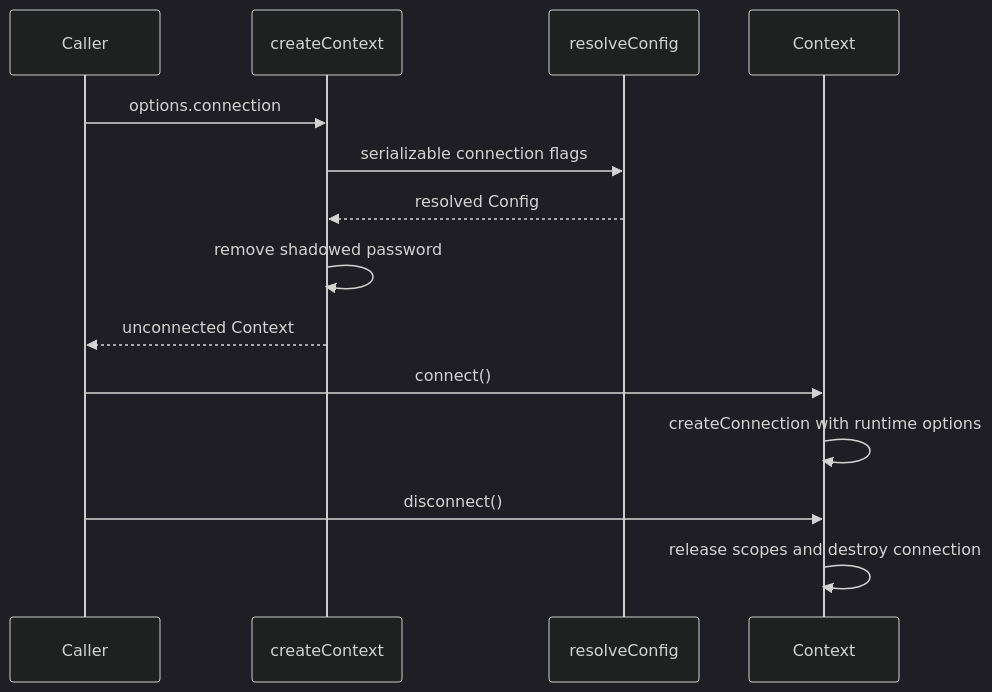
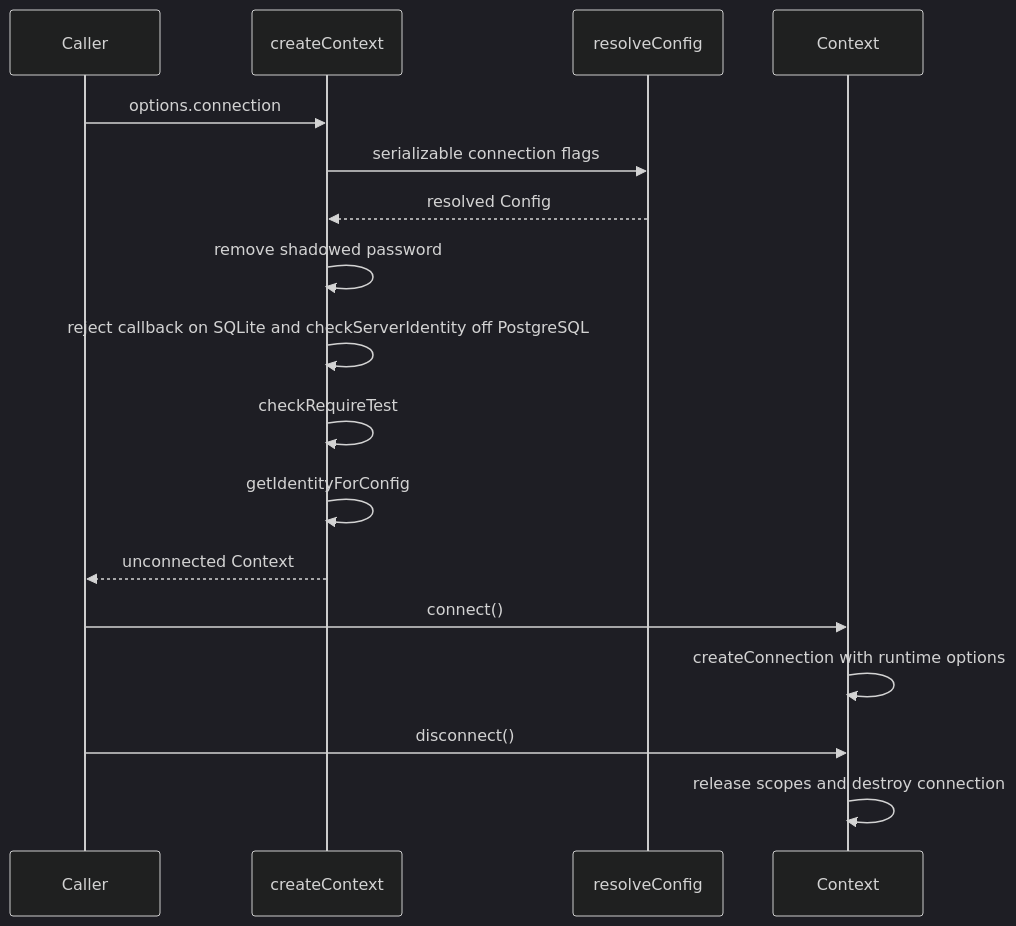
The first of 5 diagrams in docs/wiki/sdk.md (noormdev/noorm), drawn with Mermaid (dark theme) before and after one commit. The commit also changed other lines of this file and 349 other files, not shown here.

````diff
--- a/docs/wiki/sdk.md
+++ b/docs/wiki/sdk.md
@@ -38,17 +40,20 @@
 ```mermaid
 sequenceDiagram
     %% source: src/sdk/index.ts, src/sdk/context.ts, src/core/config/resolver.ts
     participant Caller
     participant SDK as createContext
     participant Resolver as resolveConfig
     participant Ctx as Context
     Caller->>SDK: options.connection
     SDK->>Resolver: serializable connection flags
     Resolver-->>SDK: resolved Config
     SDK->>SDK: remove shadowed password
+    SDK->>SDK: reject callback on SQLite and checkServerIdentity off PostgreSQL
+    SDK->>SDK: checkRequireTest
+    SDK->>SDK: getIdentityForConfig
     SDK-->>Caller: unconnected Context
     Caller->>Ctx: connect()
     Ctx->>Ctx: createConnection with runtime options
     Caller->>Ctx: disconnect()
     Ctx->>Ctx: release scopes and destroy connection
 ```
````
